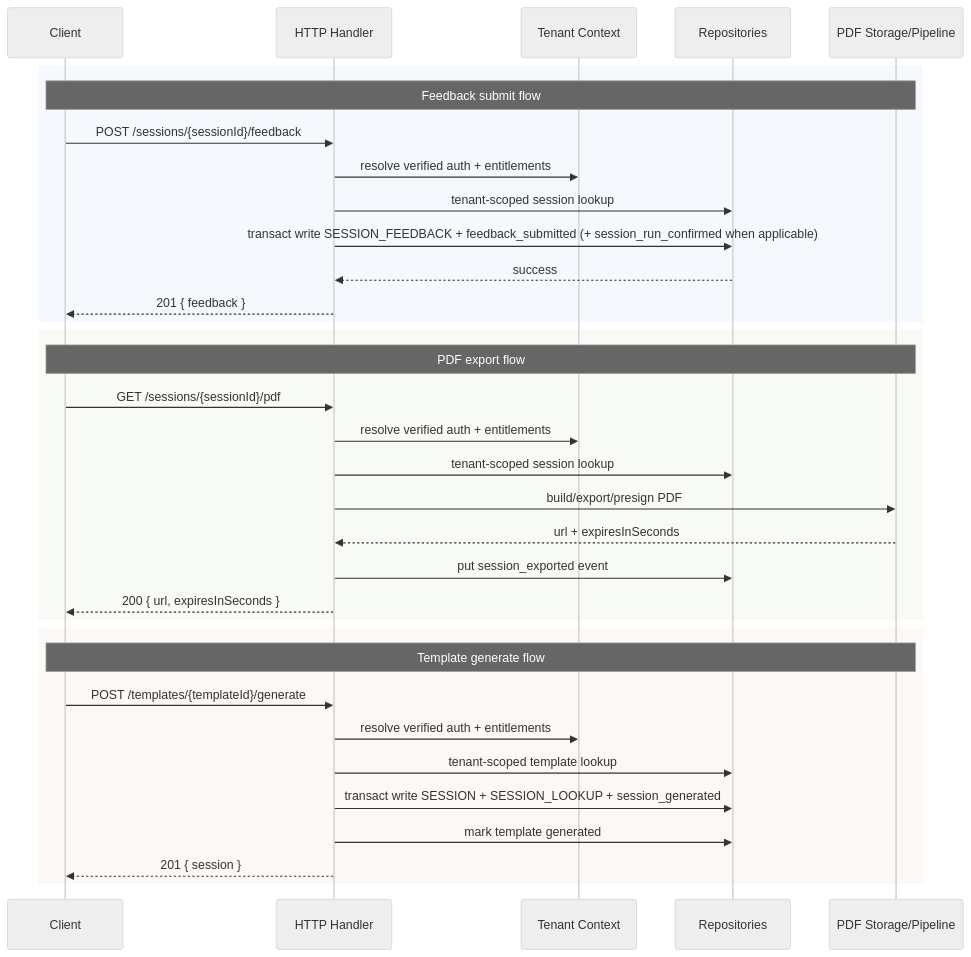
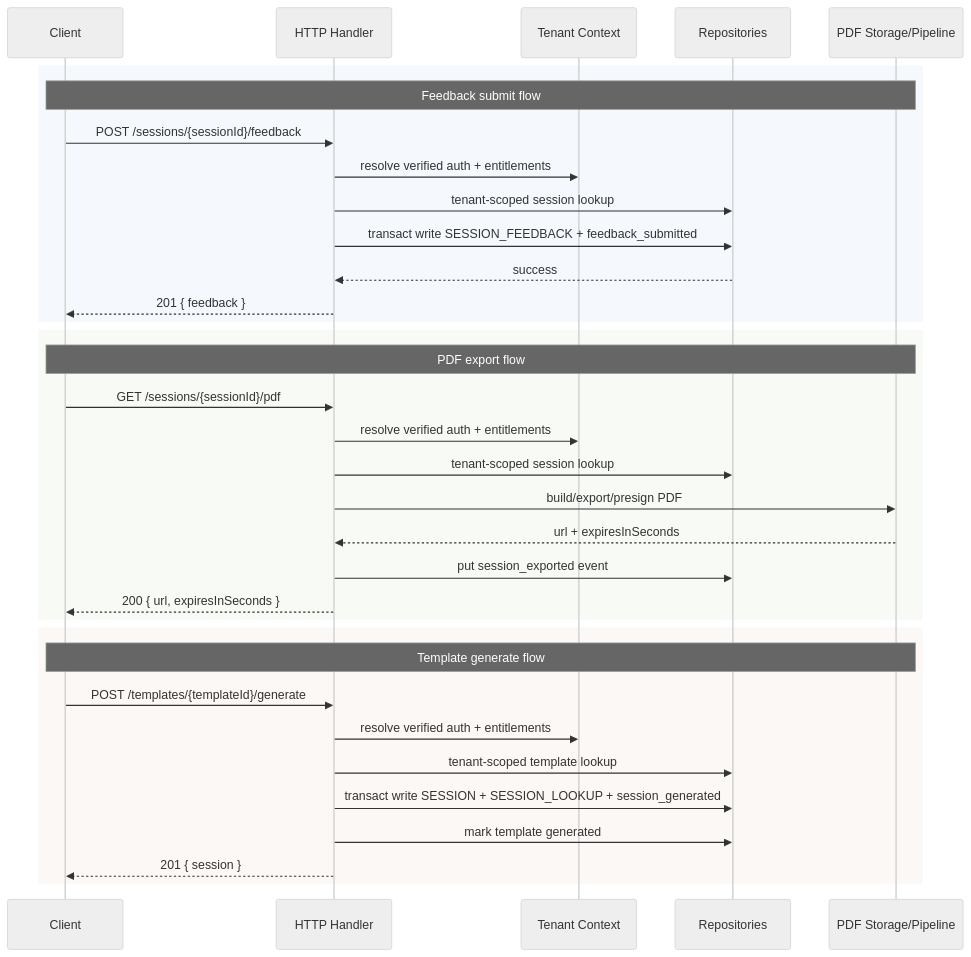
Before and after one commit to jasonx13th/sports-intelligence-cloud: the diagram in docs/architecture/feedback-loop-architecture.md, drawn with Mermaid (neutral theme). The commit also changed other lines of this file and 10 other files, not shown here.

````diff
--- a/docs/architecture/feedback-loop-architecture.md
+++ b/docs/architecture/feedback-loop-architecture.md
@@ -260,39 +254,39 @@
 ```mermaid
 sequenceDiagram
     participant C as Client
     participant H as HTTP Handler
     participant T as Tenant Context
     participant R as Repositories
     participant P as PDF Storage/Pipeline
 
     rect rgb(245, 248, 252)
         Note over C,P: Feedback submit flow
         C->>H: POST /sessions/{sessionId}/feedback
         H->>T: resolve verified auth + entitlements
         H->>R: tenant-scoped session lookup
-        H->>R: transact write SESSION_FEEDBACK + feedback_submitted (+ session_run_confirmed when applicable)
+        H->>R: transact write SESSION_FEEDBACK + feedback_submitted
         R-->>H: success
         H-->>C: 201 { feedback }
     end
 
     rect rgb(248, 251, 245)
         Note over C,P: PDF export flow
         C->>H: GET /sessions/{sessionId}/pdf
         H->>T: resolve verified auth + entitlements
         H->>R: tenant-scoped session lookup
         H->>P: build/export/presign PDF
         P-->>H: url + expiresInSeconds
         H->>R: put session_exported event
         H-->>C: 200 { url, expiresInSeconds }
     end
 
     rect rgb(252, 248, 245)
         Note over C,P: Template generate flow
         C->>H: POST /templates/{templateId}/generate
         H->>T: resolve verified auth + entitlements
         H->>R: tenant-scoped template lookup
         H->>R: transact write SESSION + SESSION_LOOKUP + session_generated
         H->>R: mark template generated
         H-->>C: 201 { session }
     end
 ```
````
